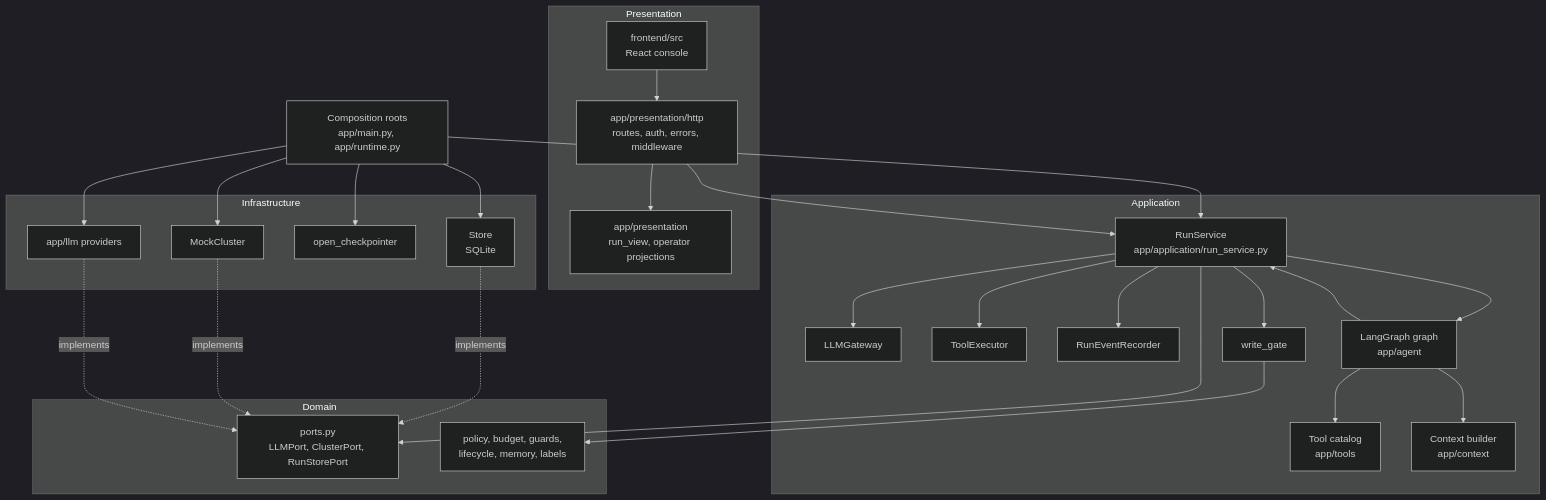
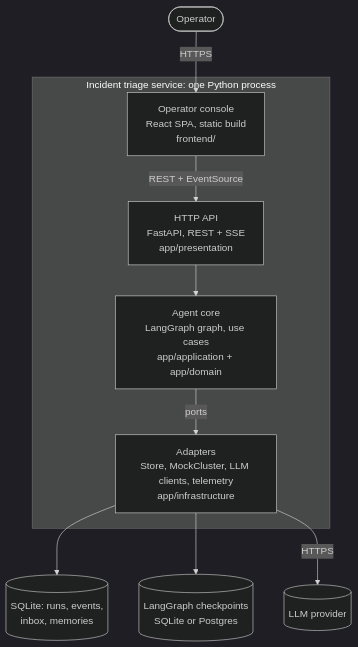
The second of 4 diagrams in docs/HLD.md (Zulfiqar7862/incident-triage-agent), drawn with Mermaid (dark theme) before and after one commit. The commit also changed other lines of this file and 17 other files, not shown here.

````diff
--- a/docs/HLD.md
+++ b/docs/HLD.md
@@ -52,41 +98,20 @@
 ```mermaid
 flowchart TB
-  subgraph Presentation
-    UI[frontend/src<br/>React console]
-    HTTP[app/presentation/http<br/>routes, auth, errors, middleware]
-    Views[app/presentation<br/>run_view, operator projections]
+  Operator([Operator])
+  subgraph Service[Incident triage service: one Python process]
+    UI[Operator console<br/>React SPA, static build<br/>frontend/]
+    API[HTTP API<br/>FastAPI, REST + SSE<br/>app/presentation]
+    Core[Agent core<br/>LangGraph graph, use cases<br/>app/application + app/domain]
+    Adapters[Adapters<br/>Store, MockCluster, LLM clients, telemetry<br/>app/infrastructure]
   end
-  subgraph Application
-    RS[RunService<br/>app/application/run_service.py]
-    GW[LLMGateway]
-    TE[ToolExecutor]
-    EV[RunEventRecorder]
-    WG[write_gate]
-    Graph[LangGraph graph<br/>app/agent]
-    Tools[Tool catalog<br/>app/tools]
-    Ctx[Context builder<br/>app/context]
-  end
-  subgraph Domain
-    Ports[ports.py<br/>LLMPort, ClusterPort, RunStorePort]
-    Policy[policy, budget, guards,<br/>lifecycle, memory, labels]
-  end
-  subgraph Infrastructure
-    Store[Store<br/>SQLite]
-    Mock[MockCluster]
-    CPF[open_checkpointer]
-    LLMs[app/llm providers]
-  end
-  Root[Composition roots<br/>app/main.py, app/runtime.py]
-
-  UI --> HTTP --> RS
-  HTTP --> Views
-  RS --> Graph --> RS
-  RS --> GW & TE & EV & WG
-  Graph --> Tools & Ctx
-  RS --> Ports
-  WG --> Policy
-  Store -.implements.-> Ports
-  Mock -.implements.-> Ports
-  LLMs -.implements.-> Ports
-  Root --> Store & Mock & CPF & LLMs & RS
+  DB[(SQLite: runs, events,<br/>inbox, memories)]
+  CP[(LangGraph checkpoints<br/>SQLite or Postgres)]
+  LLM[(LLM provider)]
+  Operator -->|HTTPS| UI
+  UI -->|REST + EventSource| API
+  API --> Core
+  Core -->|ports| Adapters
+  Adapters --> DB
+  Adapters --> CP
+  Adapters -->|HTTPS| LLM
 ```
````
